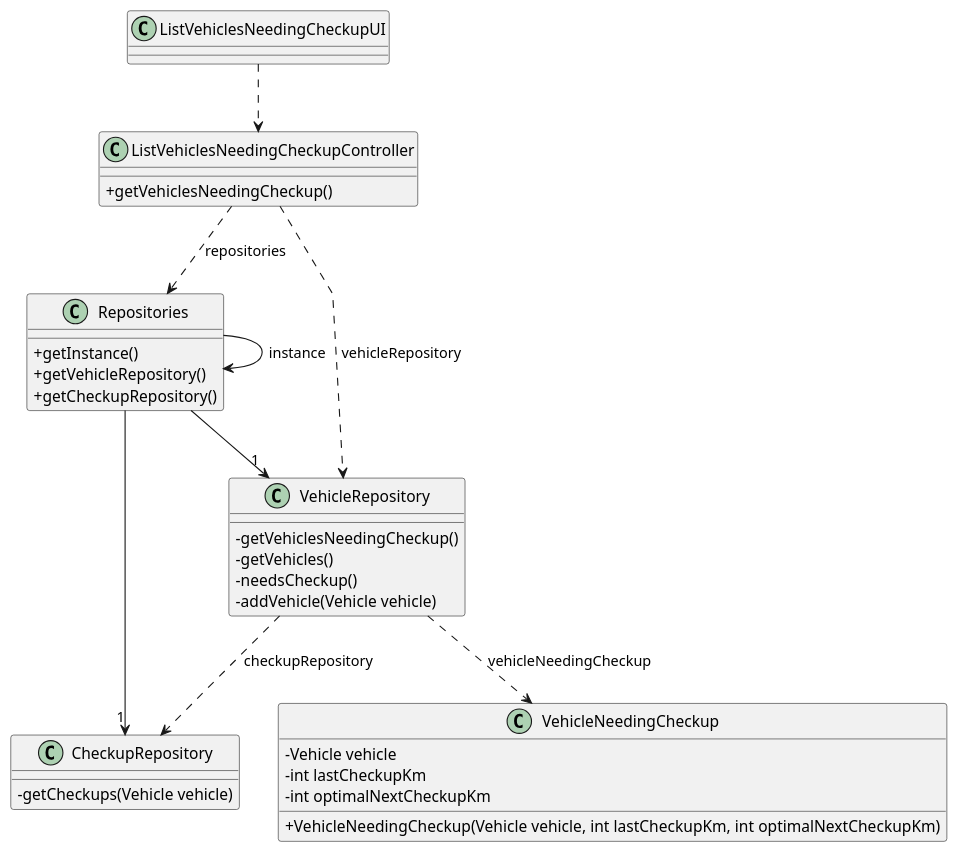
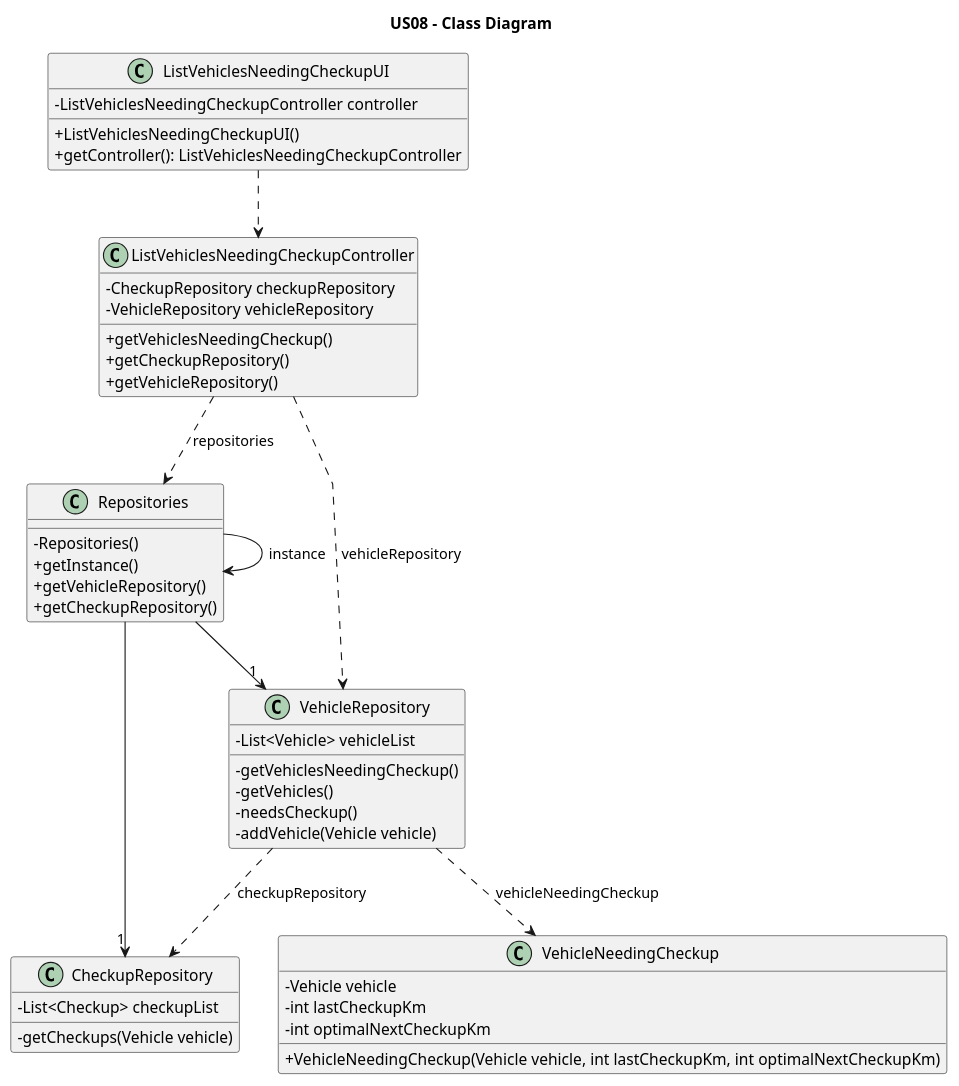
One commit to Rui-San/LAPR2_2023_2024 changed the diagram in docs/sprintB/us008/03.design/puml/us008-class-diagram.puml. Above: the diagram before and after it, drawn with PlantUML.

Commit message:
US008: fixed CD

```diff
--- a/docs/sprintB/us008/03.design/puml/us008-class-diagram.puml
+++ b/docs/sprintB/us008/03.design/puml/us008-class-diagram.puml
@@ -1,54 +1,64 @@
 @startuml
 'skinparam monochrome true
 skinparam packageStyle rectangle
 skinparam shadowing false
 skinparam linetype polyline
 'skinparam linetype orto
 
 skinparam classAttributeIconSize 0
+Title US08 - Class Diagram
 
 'left to right direction
 
 Class ListVehiclesNeedingCheckupUI {
-
+    -ListVehiclesNeedingCheckupController controller
+    +ListVehiclesNeedingCheckupUI()
+    +getController(): ListVehiclesNeedingCheckupController
 }
 
 Class ListVehiclesNeedingCheckupController {
+    -CheckupRepository checkupRepository
+    -VehicleRepository vehicleRepository
     +getVehiclesNeedingCheckup()
+    +getCheckupRepository()
+    +getVehicleRepository()
 }
 
 Class Repositories{
+    -Repositories()
     +getInstance()
     +getVehicleRepository()
     +getCheckupRepository()
 }
 
 Class VehicleRepository {
+    -List<Vehicle> vehicleList
     -getVehiclesNeedingCheckup()
     -getVehicles()
     -needsCheckup()
     -addVehicle(Vehicle vehicle)
 }
 
 Class CheckupRepository {
+    -List<Checkup> checkupList
     -getCheckups(Vehicle vehicle)
 }
 
 Class VehicleNeedingCheckup{
     -Vehicle vehicle
     -int lastCheckupKm
     -int optimalNextCheckupKm
     +VehicleNeedingCheckup(Vehicle vehicle, int lastCheckupKm, int optimalNextCheckupKm)
 }
 
 ListVehiclesNeedingCheckupUI ..> ListVehiclesNeedingCheckupController
 ListVehiclesNeedingCheckupController ..> Repositories : "repositories"
 ListVehiclesNeedingCheckupController ..> VehicleRepository : vehicleRepository
 VehicleRepository ..> CheckupRepository : checkupRepository
 Repositories --> "1" VehicleRepository
 Repositories --> "1" CheckupRepository
 VehicleRepository ..> VehicleNeedingCheckup : vehicleNeedingCheckup
 Repositories -> Repositories : "instance"
 
 
 @enduml
```
